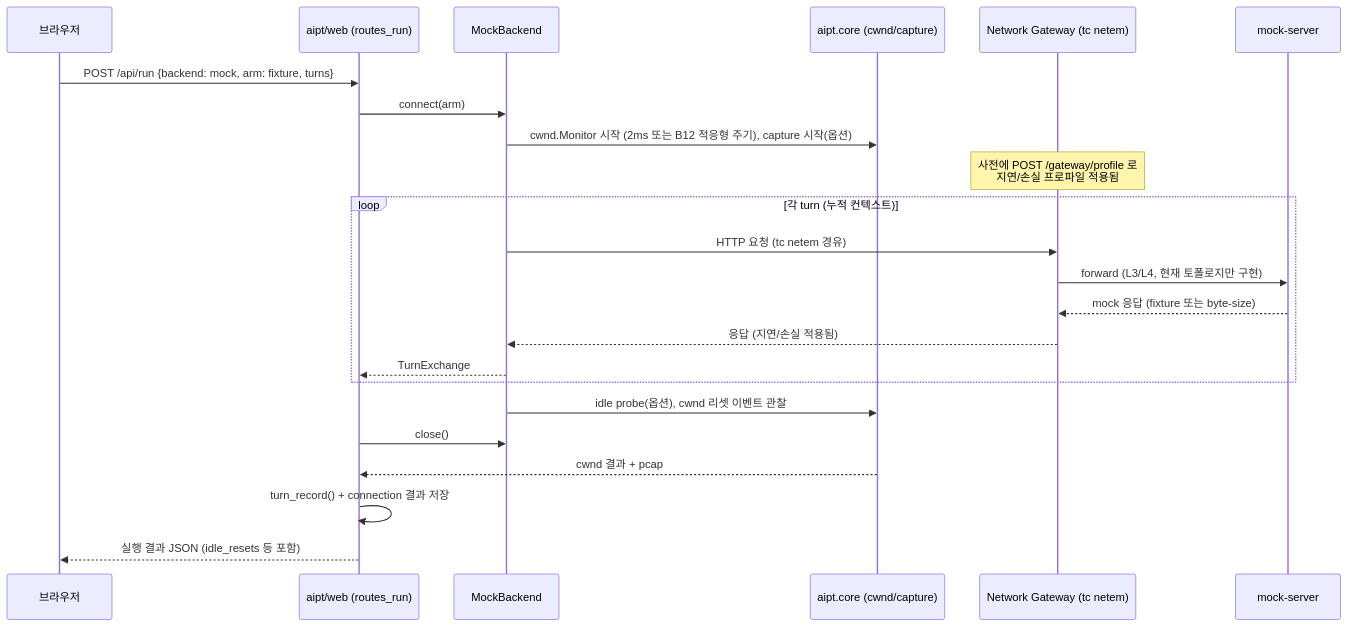
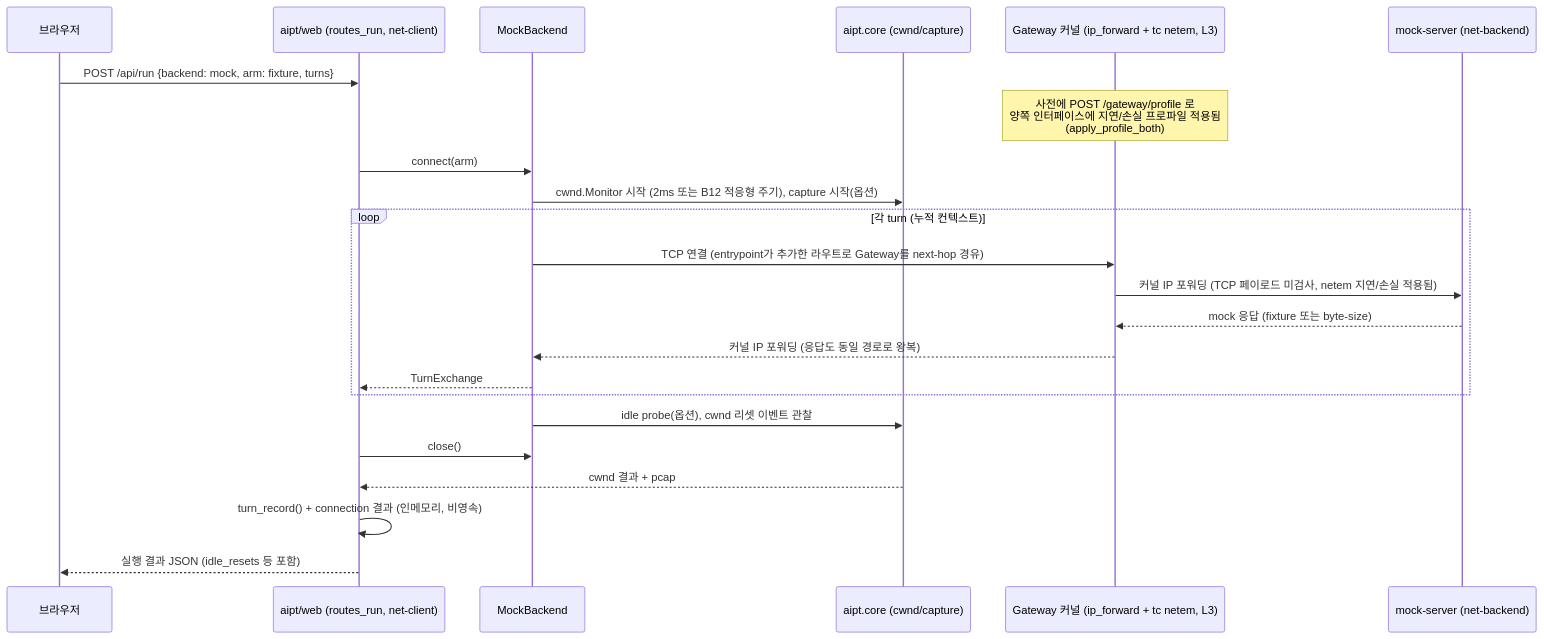
The third of 4 diagrams in AIPT/ARCHITECTURE.md (sangrokhan/remote_work), drawn with Mermaid before and after one commit. The commit also changed other lines of this file and 20 other files, not shown here.

First line of the commit message:
feat(AIPT): Gateway L3 IP forwarding + Public AI JSON persistence

````diff
--- a/AIPT/ARCHITECTURE.md
+++ b/AIPT/ARCHITECTURE.md
@@ -310,26 +370,26 @@
 ```mermaid
 sequenceDiagram
     participant U as 브라우저
-    participant W as aipt/web (routes_run)
+    participant W as aipt/web (routes_run, net-client)
     participant B as MockBackend
     participant Core as aipt.core (cwnd/capture)
-    participant GW as Network Gateway (tc netem)
-    participant M as mock-server
+    participant K as Gateway 커널 (ip_forward + tc netem, L3)
+    participant M as mock-server (net-backend)
 
     U->>W: POST /api/run {backend: mock, arm: fixture, turns}
+    Note over K: 사전에 POST /gateway/profile 로<br/>양쪽 인터페이스에 지연/손실 프로파일 적용됨<br/>(apply_profile_both)
     W->>B: connect(arm)
     B->>Core: cwnd.Monitor 시작 (2ms 또는 B12 적응형 주기), capture 시작(옵션)
-    Note over GW: 사전에 POST /gateway/profile 로<br/>지연/손실 프로파일 적용됨
     loop 각 turn (누적 컨텍스트)
-        B->>GW: HTTP 요청 (tc netem 경유)
-        GW->>M: forward (L3/L4, 현재 토폴로지만 구현)
-        M-->>GW: mock 응답 (fixture 또는 byte-size)
-        GW-->>B: 응답 (지연/손실 적용됨)
+        B->>K: TCP 연결 (entrypoint가 추가한 라우트로 Gateway를 next-hop 경유)
+        K->>M: 커널 IP 포워딩 (TCP 페이로드 미검사, netem 지연/손실 적용됨)
+        M-->>K: mock 응답 (fixture 또는 byte-size)
+        K-->>B: 커널 IP 포워딩 (응답도 동일 경로로 왕복)
         B-->>W: TurnExchange
     end
     B->>Core: idle probe(옵션), cwnd 리셋 이벤트 관찰
     W->>B: close()
     Core-->>W: cwnd 결과 + pcap
-    W->>W: turn_record() + connection 결과 저장
+    W->>W: turn_record() + connection 결과 (인메모리, 비영속)
     W-->>U: 실행 결과 JSON (idle_resets 등 포함)
 ```
````
